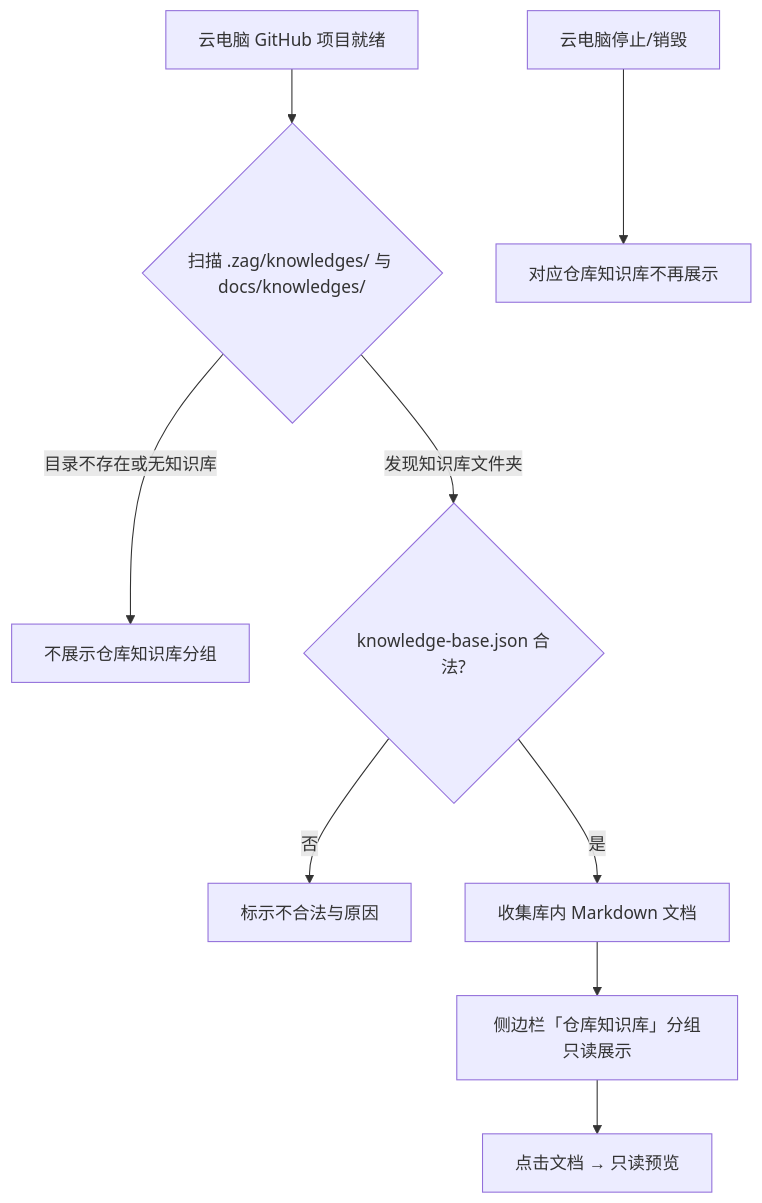
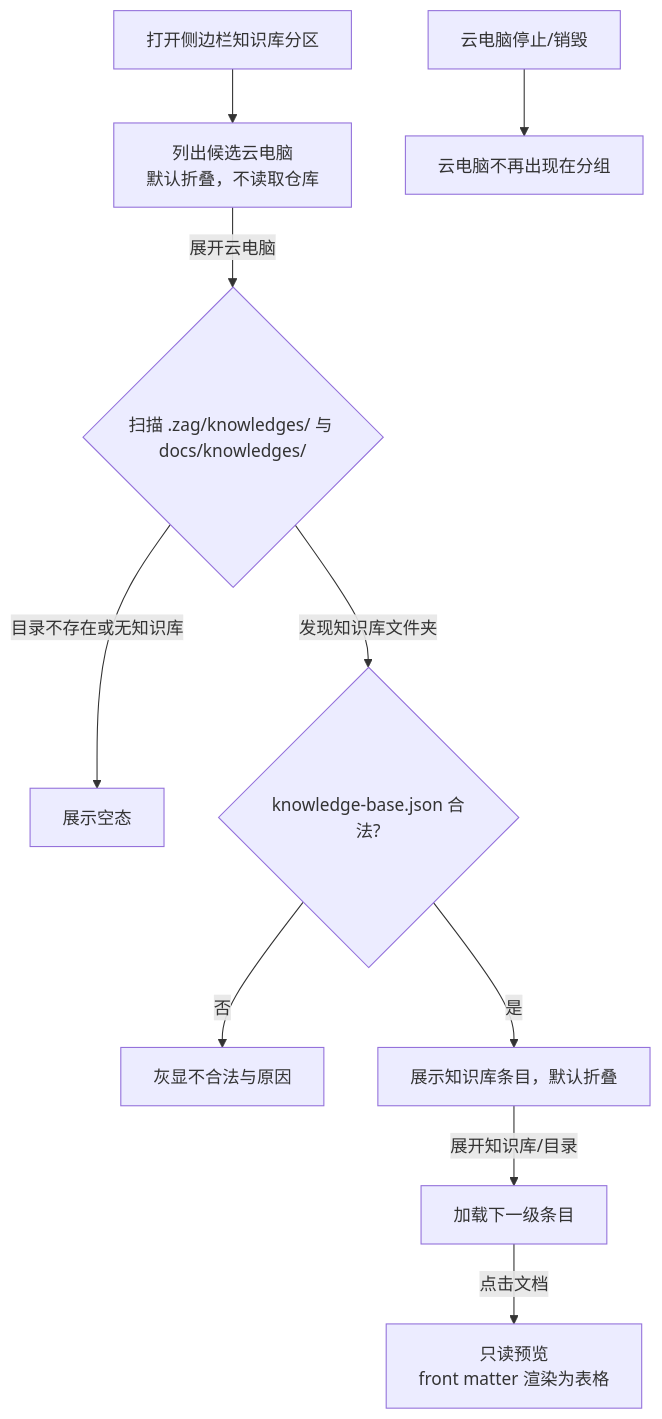
The second of 2 diagrams in docs/product/draft/20261116-knowledge-base-repo-built-in.md (Deliay/z-agent-gear), drawn with Mermaid before and after one commit. The commit also changed other lines of this file and 3 other files, not shown here.

First line of the commit message:
docs(knowledge-base): 仓库内建知识库文档 v1.1 评审返工 (#545)

````diff
--- a/docs/product/draft/20261116-knowledge-base-repo-built-in.md
+++ b/docs/product/draft/20261116-knowledge-base-repo-built-in.md
@@ -125,11 +157,12 @@
 ```mermaid
 flowchart TD
-    A[云电脑 GitHub 项目就绪] --> B{扫描 .zag/knowledges/ 与 docs/knowledges/}
-    B -->|目录不存在或无知识库| C[不展示仓库知识库分组]
-    B -->|发现知识库文件夹| D{knowledge-base.json 合法?}
-    D -->|否| E[标示不合法与原因]
-    D -->|是| F[收集库内 Markdown 文档]
-    F --> G[侧边栏「仓库知识库」分组只读展示]
-    G --> H[点击文档 → 只读预览]
-    I[云电脑停止/销毁] --> J[对应仓库知识库不再展示]
+    A[打开侧边栏知识库分区] --> B[列出候选云电脑<br/>默认折叠，不读取仓库]
+    B -->|展开云电脑| C{扫描 .zag/knowledges/ 与 docs/knowledges/}
+    C -->|目录不存在或无知识库| D[展示空态]
+    C -->|发现知识库文件夹| E{knowledge-base.json 合法?}
+    E -->|否| F[灰显不合法与原因]
+    E -->|是| G[展示知识库条目，默认折叠]
+    G -->|展开知识库/目录| H[加载下一级条目]
+    H -->|点击文档| I[只读预览<br/>front matter 渲染为表格]
+    J[云电脑停止/销毁] --> K[云电脑不再出现在分组]
 ```
````
